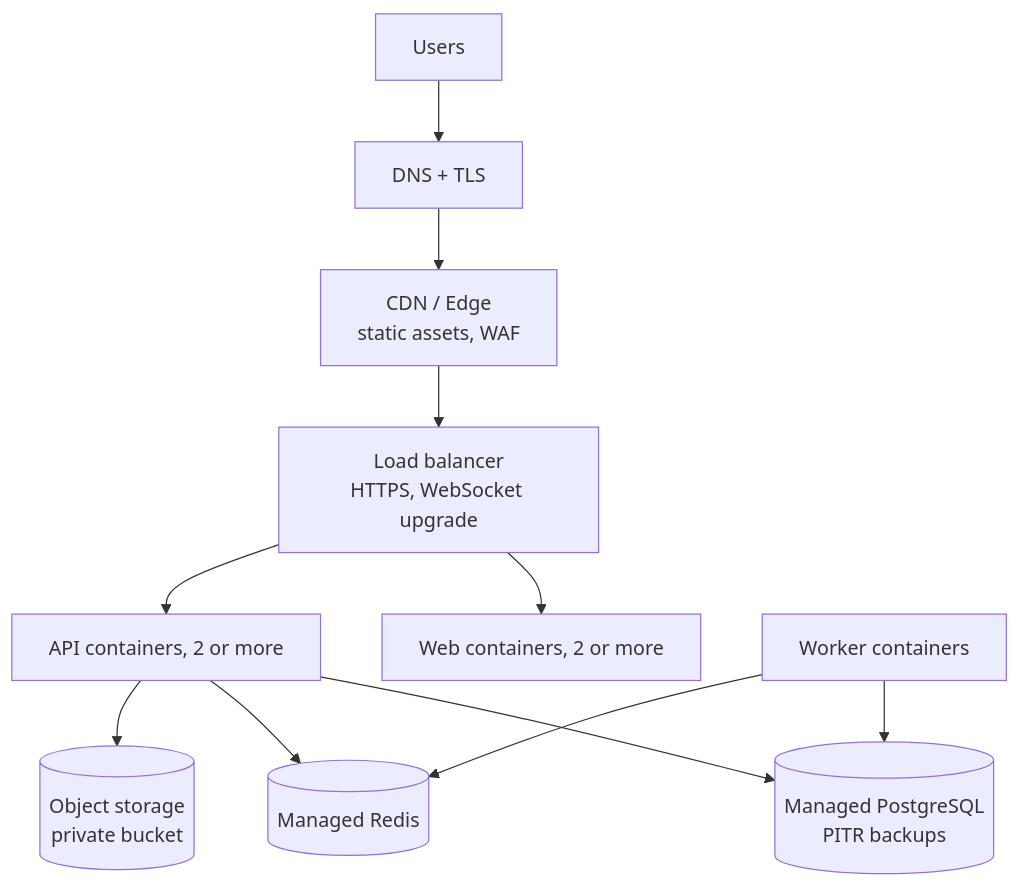
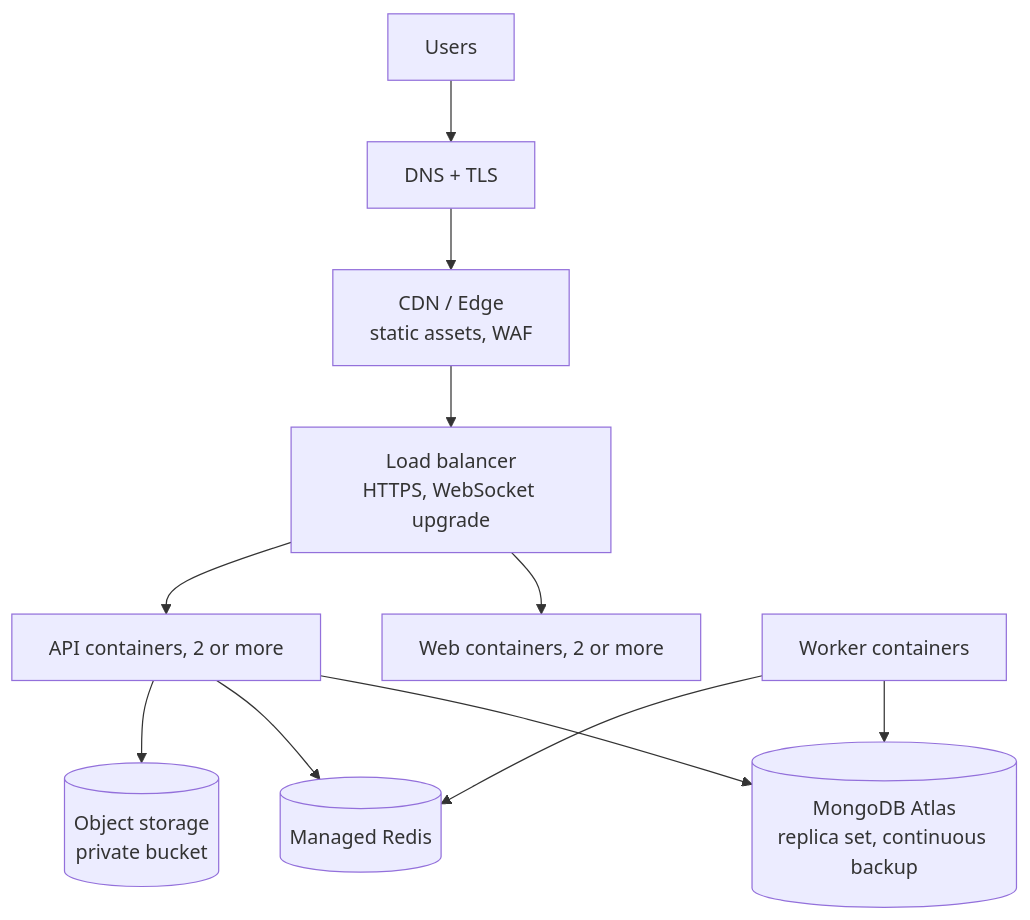
Before and after one commit to poopraveen/FareRide: the fifth of 5 diagrams in docs/ARCHITECTURE.md, drawn with Mermaid. The commit also changed other lines of this file and 9 other files, not shown here.

First line of the commit message:
docs: switch the database design from PostgreSQL to MongoDB

````diff
--- a/docs/ARCHITECTURE.md
+++ b/docs/ARCHITECTURE.md
@@ -283,13 +297,13 @@
 ```mermaid
 flowchart TD
     U[Users] --> DNS["DNS + TLS"]
     DNS --> EDGE["CDN / Edge<br/>static assets, WAF"]
     EDGE --> LB["Load balancer<br/>HTTPS, WebSocket upgrade"]
     LB --> WEB["Web containers, 2 or more"]
     LB --> API["API containers, 2 or more"]
-    API --> PG[("Managed PostgreSQL<br/>PITR backups")]
+    API --> PG[("MongoDB Atlas<br/>replica set, continuous backup")]
     API --> RD[("Managed Redis")]
     WK["Worker containers"] --> PG
     WK --> RD
     API --> OBJ[("Object storage<br/>private bucket")]
 ```
````
